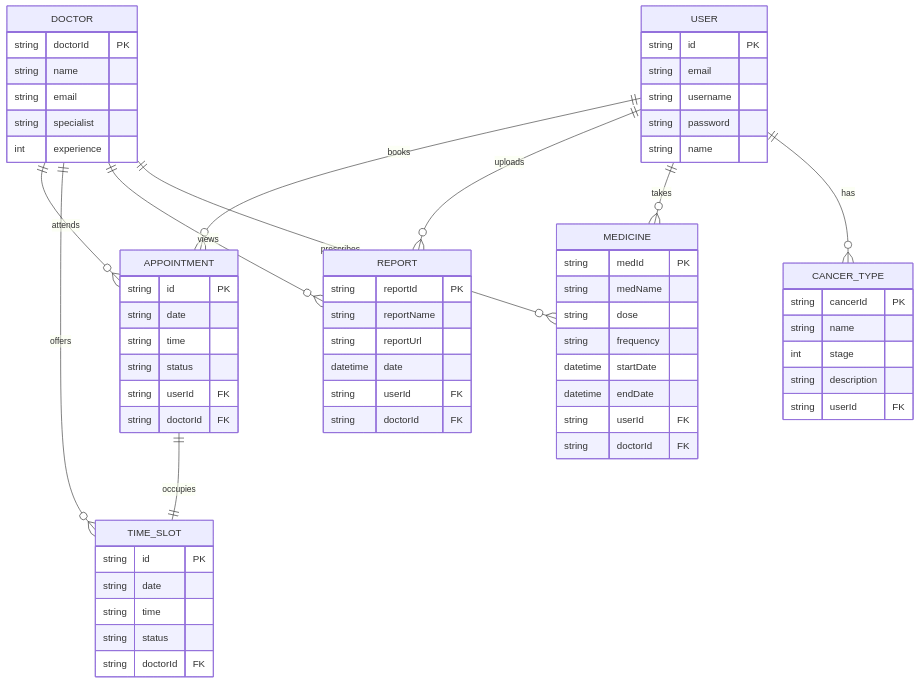
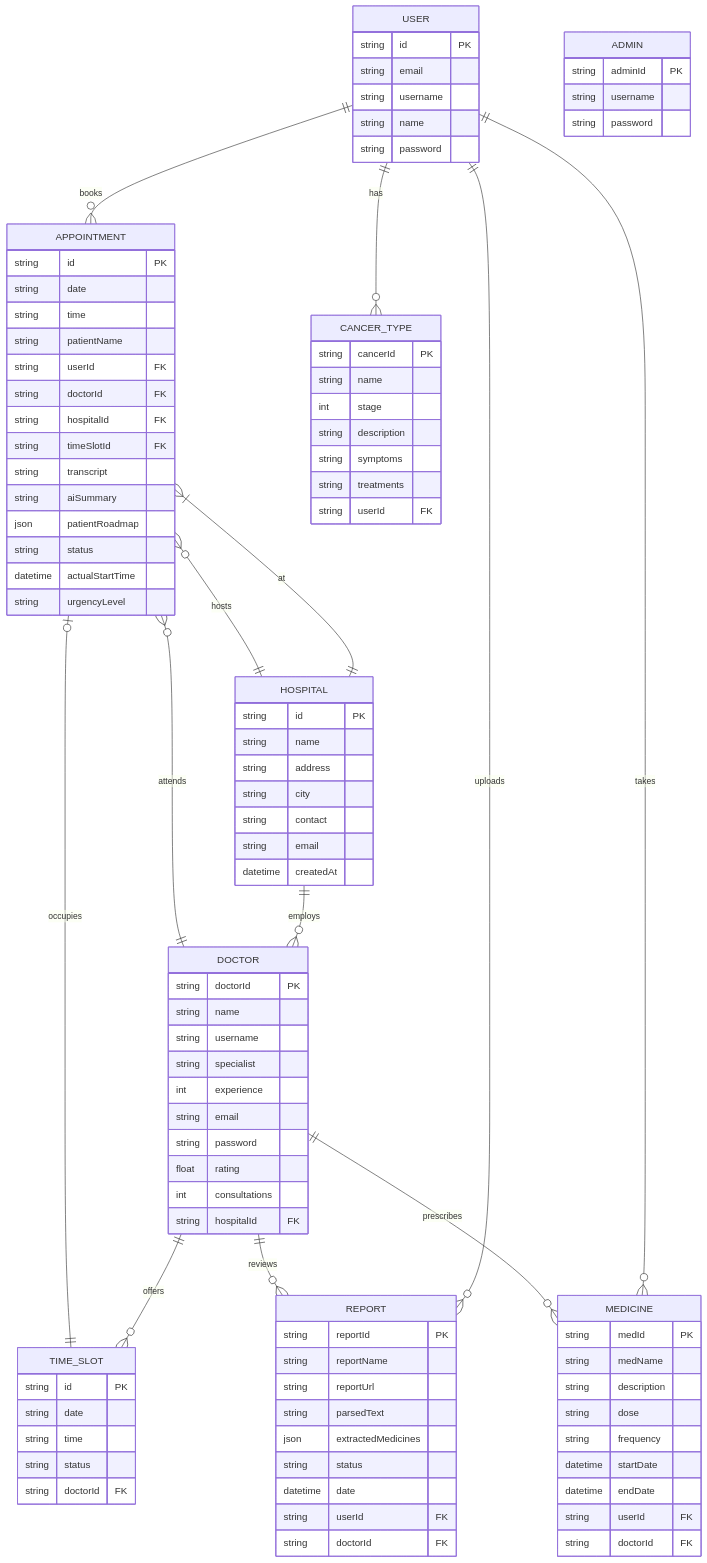
Before and after one commit to White-D-coder/CAN-CURE: the diagram in ErDiagram.md, drawn with Mermaid. The commit also changed 35 other files, not shown here.

````diff
--- a/ErDiagram.md
+++ b/ErDiagram.md
@@ -1,40 +1,67 @@
 ```mermaid
 erDiagram
-    USER ||--o{ APPOINTMENT : books
-    USER ||--o{ REPORT : uploads
-    USER ||--o{ MEDICINE : takes
-    USER ||--o{ CANCER_TYPE : has
+    USER ||--o{ APPOINTMENT : "books"
+    USER ||--o{ REPORT : "uploads"
+    USER ||--o{ MEDICINE : "takes"
+    USER ||--o{ CANCER_TYPE : "has"
 
-    DOCTOR ||--o{ APPOINTMENT : attends
-    DOCTOR ||--o{ TIME_SLOT : offers
-    DOCTOR ||--o{ REPORT : views
-    DOCTOR ||--o{ MEDICINE : prescribes
+    HOSPITAL ||--o{ DOCTOR : "employs"
+    HOSPITAL ||--o{ APPOINTMENT : "hosts"
 
-    APPOINTMENT ||--|| TIME_SLOT : occupies
+    DOCTOR ||--o{ APPOINTMENT : "attends"
+    DOCTOR ||--o{ TIME_SLOT : "offers"
+    DOCTOR ||--o{ REPORT : "reviews"
+    DOCTOR ||--o{ MEDICINE : "prescribes"
+
+    APPOINTMENT |o--|| TIME_SLOT : "occupies"
+    APPOINTMENT }|--|| HOSPITAL : "at"
 
     USER {
         string id PK
         string email
         string username
+        string name
         string password
+    }
+
+    HOSPITAL {
+        string id PK
         string name
+        string address
+        string city
+        string contact
+        string email
+        datetime createdAt
     }
 
     DOCTOR {
         string doctorId PK
         string name
-        string email
+        string username
         string specialist
         int experience
+        string email
+        string password
+        float rating
+        int consultations
+        string hospitalId FK
     }
 
     APPOINTMENT {
         string id PK
         string date
         string time
-        string status
+        string patientName
         string userId FK
         string doctorId FK
+        string hospitalId FK
+        string timeSlotId FK
+        string transcript
+        string aiSummary
+        json patientRoadmap
+        string status
+        datetime actualStartTime
+        string urgencyLevel
     }
 
     TIME_SLOT {
@@ -45,9 +72,16 @@
         string doctorId FK
     }
 
+    ADMIN {
+        string adminId PK
+        string username
+        string password
+    }
+
     MEDICINE {
         string medId PK
         string medName
+        string description
         string dose
         string frequency
         datetime startDate
@@ -60,6 +94,9 @@
         string reportId PK
         string reportName
         string reportUrl
+        string parsedText
+        json extractedMedicines
+        string status
         datetime date
         string userId FK
         string doctorId FK
@@ -70,6 +107,8 @@
         string name
         int stage
         string description
+        string symptoms
+        string treatments
         string userId FK
     }
 ```
````
